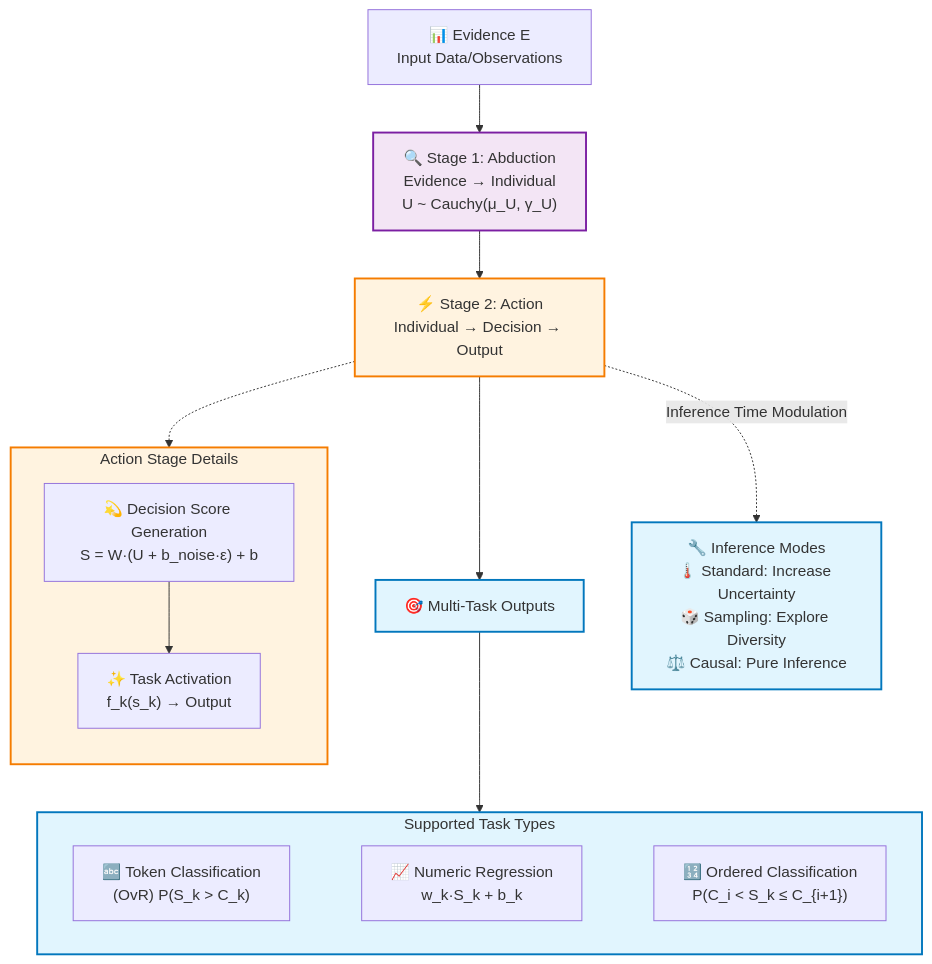
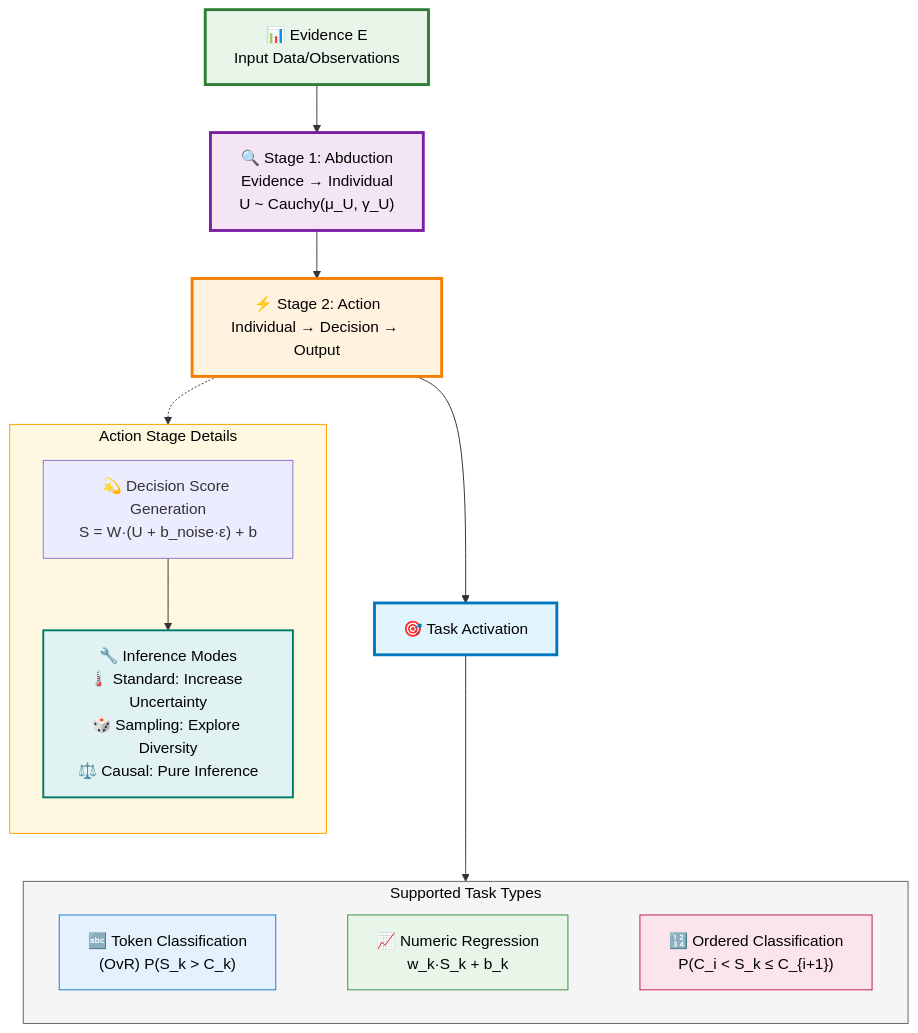
The first of 8 diagrams in causal_engine/MATHEMATICAL_FOUNDATIONS.md (1587causalai/CausalQwen), drawn with Mermaid before and after one commit. The commit also changed other lines of this file and 1 other file, not shown here.

````diff
--- a/causal_engine/MATHEMATICAL_FOUNDATIONS.md
+++ b/causal_engine/MATHEMATICAL_FOUNDATIONS.md
@@ -59,40 +66,41 @@
 ```mermaid
 graph TB
     %% Simplified Version: CausalEngine Two-Stage Architecture
     
     Evidence["📊 Evidence E<br/>Input Data/Observations"]
     
     Evidence --> Stage1["🔍 Stage 1: Abduction<br/>Evidence → Individual<br/>U ~ Cauchy(μ_U, γ_U)"]
     
     Stage1 --> Stage2["⚡ Stage 2: Action<br/>Individual → Decision → Output"]
     
     subgraph Stage2_Detail ["Action Stage Details"]
         direction TB
+        Modes["🔧 Inference Modes<br/>🌡️ Standard: Increase Uncertainty<br/>🎲 Sampling: Explore Diversity<br/>⚖️ Causal: Pure Inference"]
         Step2_1["💫 Decision Score Generation<br/>S = W·(U + b_noise·ε) + b"]
-        Step2_2["✨ Task Activation<br/>f_k(s_k) → Output"]
-        Step2_1 --> Step2_2
+        Step2_1 --> Modes
     end
     
     Stage2 -.-> Stage2_Detail
     
-    Stage2 --> MultiTask["🎯 Multi-Task Outputs"]
+    Stage2 --> MultiTask["🎯 Task Activation"]
     
     subgraph Tasks ["Supported Task Types"]
         direction LR
         Token["🔤 Token Classification<br/>(OvR) P(S_k > C_k)"] ~~~ Numeric["📈 Numeric Regression<br/>w_k·S_k + b_k"] ~~~ Discrete["🔢 Ordered Classification<br/>P(C_i < S_k ≤ C_{i+1})"]
     end
     
     MultiTask --> Tasks
     
-    %% Inference Modes
-    Stage2 -.->|Inference Time Modulation| Modes["🔧 Inference Modes<br/>🌡️ Standard: Increase Uncertainty<br/>🎲 Sampling: Explore Diversity<br/>⚖️ Causal: Pure Inference"]
+    %% Styling
+    style Evidence fill:#e8f5e9,stroke:#2e7d32,stroke-width:3px,color:#000
+    style Stage1 fill:#f3e5f5,stroke:#7b1fa2,stroke-width:3px,color:#000
+    style Stage2 fill:#fff3e0,stroke:#f57c00,stroke-width:3px,color:#000
+    style Stage2_Detail fill:#fff8e1,stroke:#ffa000,stroke-width:1px,color:#000
+    style MultiTask fill:#e1f5fe,stroke:#0277bd,stroke-width:3px,color:#000
+    style Tasks fill:#f5f5f5,stroke:#616161,stroke-width:1px,color:#000
+    style Modes fill:#e0f2f1,stroke:#00796b,stroke-width:2px,color:#000
     
-    %% Styling
-    classDef stage1 fill:#f3e5f5,stroke:#7b1fa2,stroke-width:2px
-    classDef stage2 fill:#fff3e0,stroke:#f57c00,stroke-width:2px
-    classDef multi fill:#e1f5fe,stroke:#0277bd,stroke-width:2px
-    
-    class Stage1 stage1
-    class Stage2,Stage2_Detail stage2
-    class MultiTask,Tasks,Modes multi
+    style Token fill:#e3f2fd,stroke:#1976d2,color:#000
+    style Numeric fill:#e8f5e9,stroke:#388e3c,color:#000
+    style Discrete fill:#fce4ec,stroke:#c2185b,color:#000
 ```
````
